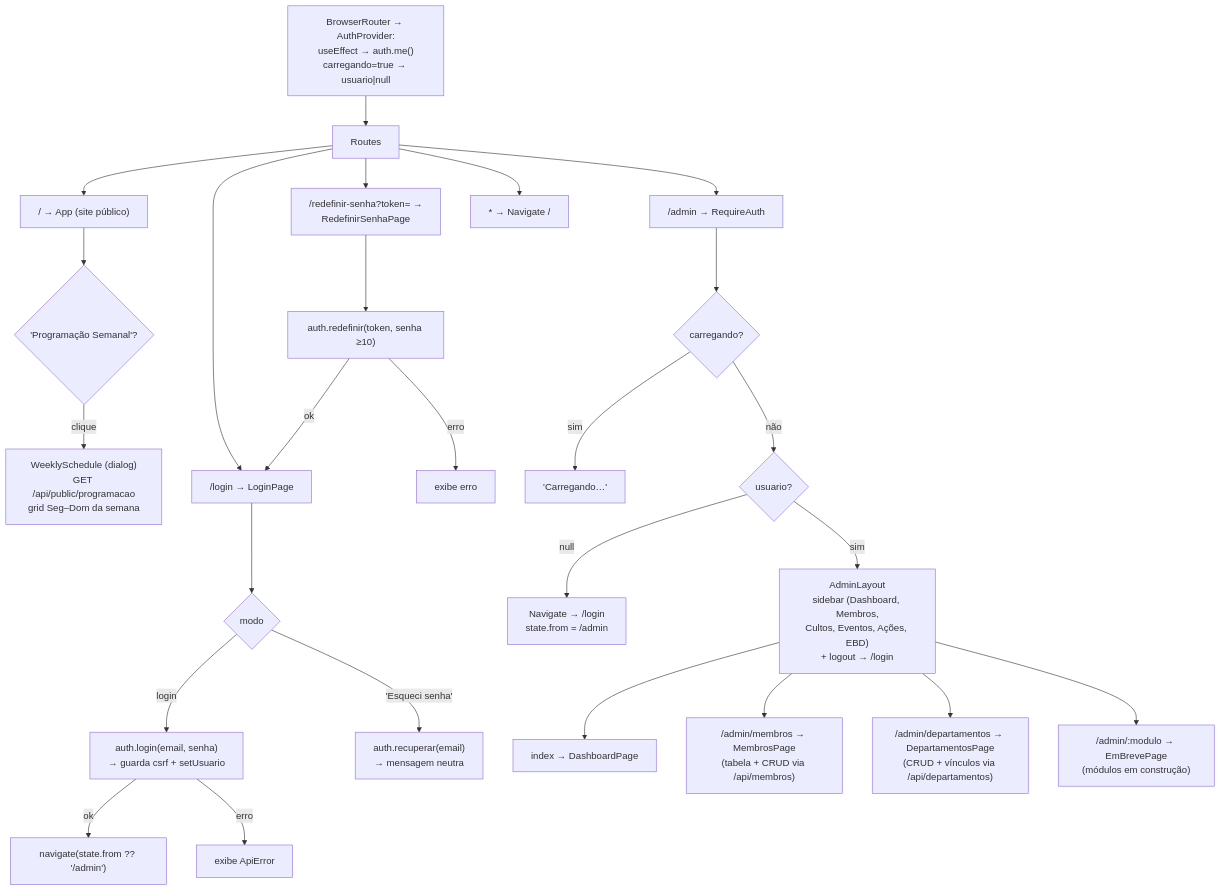
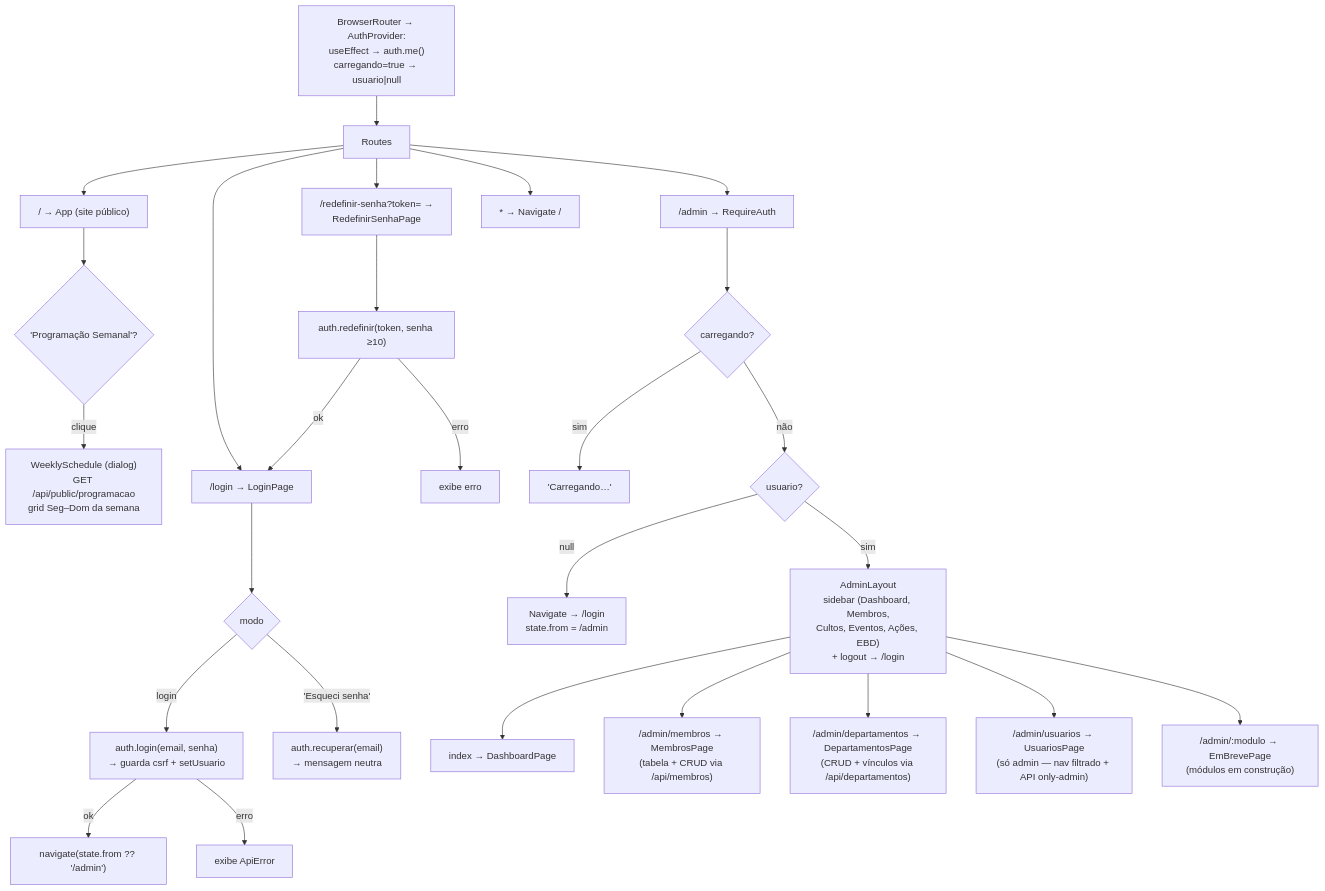
One commit to adab-218/siteadab changed the diagram in dev/docs/diagramas/navegacao-app.mmd. Above: the diagram before and after it, drawn with Mermaid. The commit also changed 14 other files, not shown here.

```diff
--- a/dev/docs/diagramas/navegacao-app.mmd
+++ b/dev/docs/diagramas/navegacao-app.mmd
@@ -1,34 +1,35 @@
 %% Navegação e guards do frontend — revisado em 2026-10-21
 %% Fonte: src/main.tsx, src/routes/RequireAuth.tsx,
 %%        src/lib/auth-context.tsx, src/App.tsx
 flowchart TD
     BOOT["BrowserRouter → AuthProvider:<br/>useEffect → auth.me()<br/>carregando=true → usuario|null"] --> RT["Routes"]
 
     RT --> HOME["/ → App (site público)"]
     HOME --> SCHED{"'Programação Semanal'?"}
     SCHED -- clique --> WS["WeeklySchedule (dialog)<br/>GET /api/public/programacao<br/>grid Seg–Dom da semana"]
 
     RT --> LOGIN["/login → LoginPage"]
     LOGIN --> LFORM{"modo"}
     LFORM -- login --> LPOST["auth.login(email, senha)<br/>→ guarda csrf + setUsuario"]
     LPOST -- ok --> NAV["navigate(state.from ?? '/admin')"]
     LPOST -- erro --> LERR["exibe ApiError"]
     LFORM -- 'Esqueci senha' --> REC["auth.recuperar(email)<br/>→ mensagem neutra"]
 
     RT --> RESET["/redefinir-senha?token= →<br/>RedefinirSenhaPage"]
     RESET --> RS["auth.redefinir(token, senha ≥10)"]
     RS -- ok --> LOGIN
     RS -- erro --> RERR["exibe erro"]
 
     RT --> ADMIN["/admin → RequireAuth"]
     ADMIN --> GUARD{"carregando?"}
     GUARD -- sim --> SPIN["'Carregando…'"]
     GUARD -- não --> HAS{"usuario?"}
     HAS -- null --> REDIR["Navigate → /login<br/>state.from = /admin"]
     HAS -- sim --> LAYOUT["AdminLayout<br/>sidebar (Dashboard, Membros,<br/>Cultos, Eventos, Ações, EBD)<br/>+ logout → /login"]
     LAYOUT --> IDX["index → DashboardPage"]
     LAYOUT --> MB["/admin/membros → MembrosPage<br/>(tabela + CRUD via /api/membros)"]
     LAYOUT --> DP["/admin/departamentos → DepartamentosPage<br/>(CRUD + vínculos via /api/departamentos)"]
+    LAYOUT --> US["/admin/usuarios → UsuariosPage<br/>(só admin — nav filtrado + API only-admin)"]
     LAYOUT --> MOD["/admin/:modulo → EmBrevePage<br/>(módulos em construção)"]
 
     RT --> FALL["* → Navigate /"]
```
